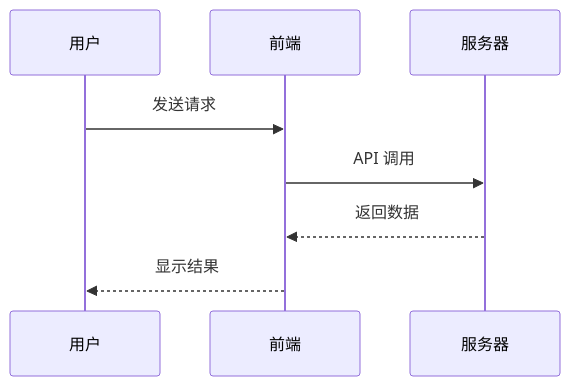
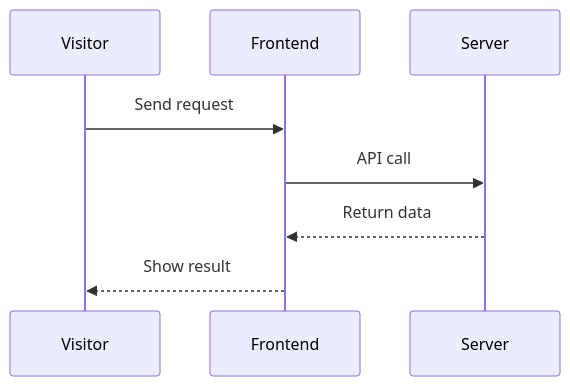
The second of 5 diagrams in content/articles/markdown-test.md (kxenon0rix/kxenon0rix.github.io), drawn with Mermaid before and after one commit. The commit also changed other lines of this file and 35 other files, not shown here.

````diff
--- a/content/articles/markdown-test.md
+++ b/content/articles/markdown-test.md
@@ -192,11 +189,10 @@
 ```mermaid
 sequenceDiagram
-    participant U as 用户
-    participant A as 前端
-    participant S as 服务器
-
-    U->>A: 发送请求
-    A->>S: API 调用
-    S-->>A: 返回数据
-    A-->>U: 显示结果
+    participant U as Visitor
+    participant A as Frontend
+    participant S as Server
+    U->>A: Send request
+    A->>S: API call
+    S-->>A: Return data
+    A-->>U: Show result
 ```
````
